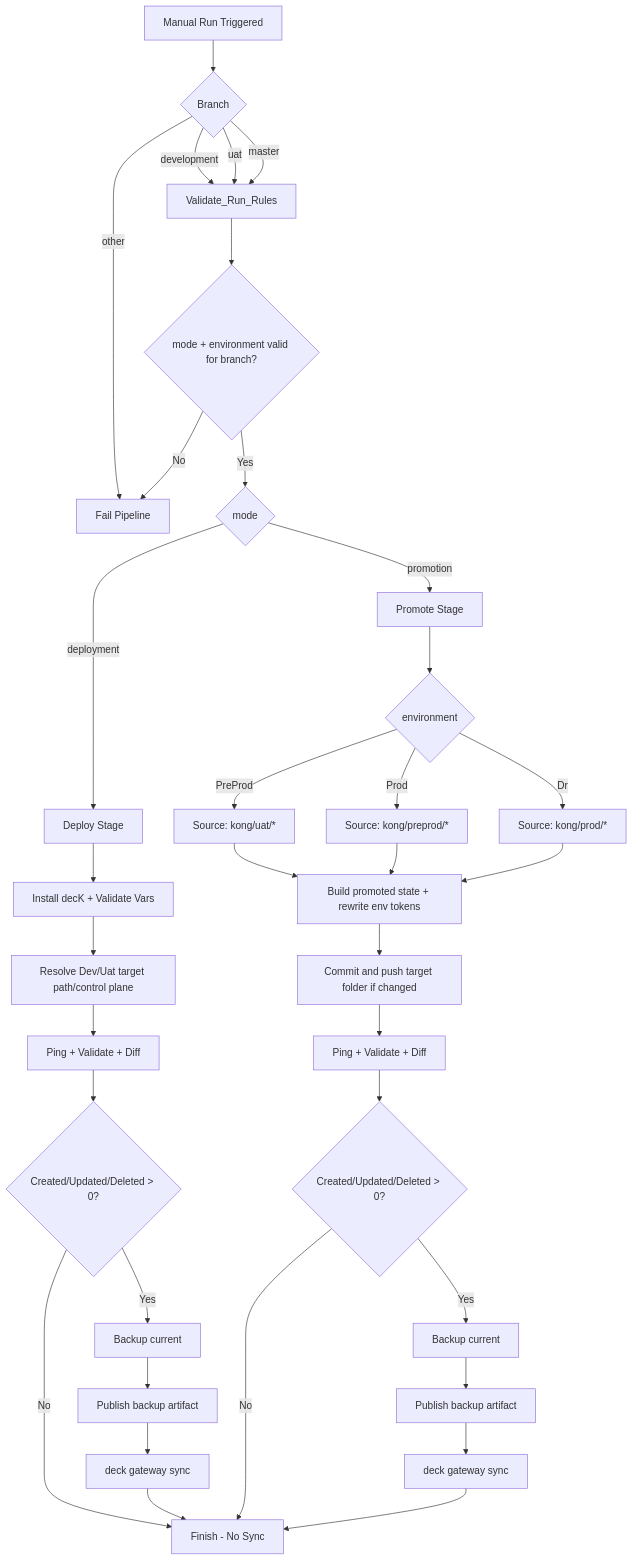
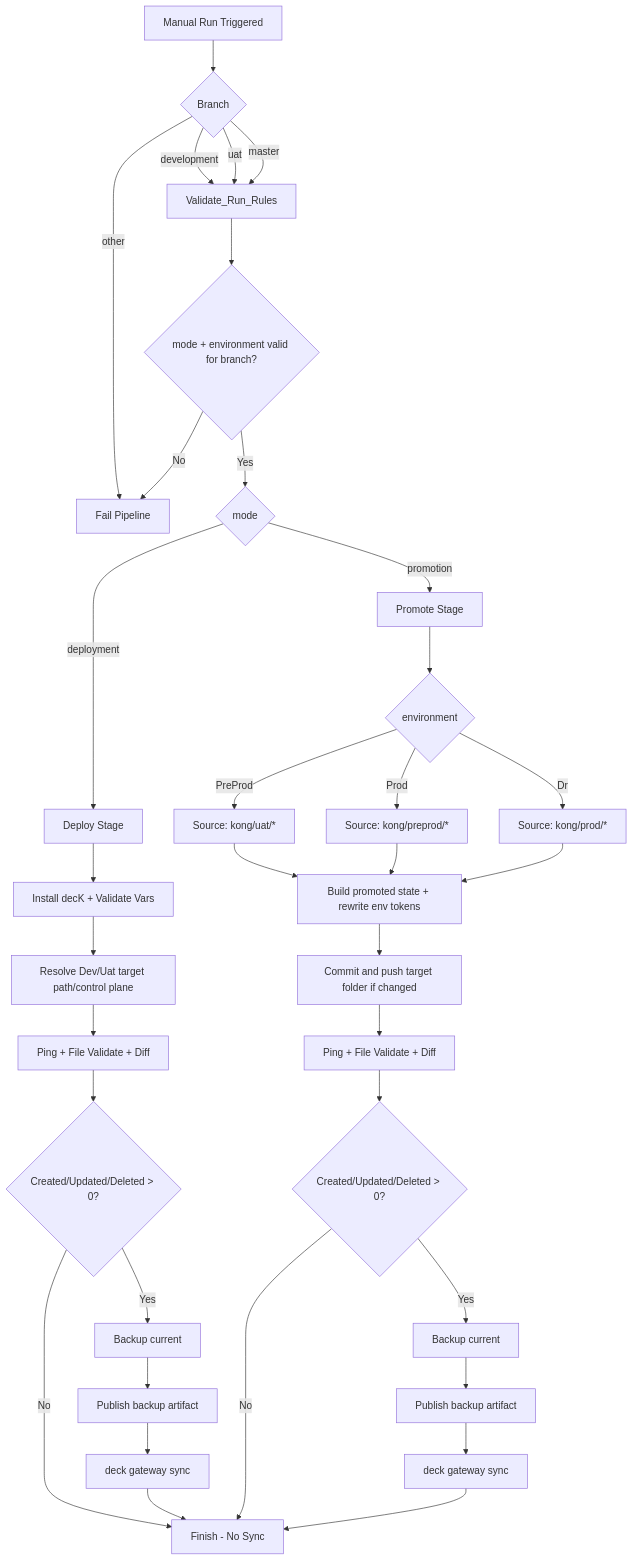
Before and after one commit to ceritakoko-it/Kong-External-OnCloud: the diagram in README.md, drawn with Mermaid. The commit also changed other lines of this file and 3 other files, not shown here.

````diff
--- a/README.md
+++ b/README.md
@@ -141,41 +141,41 @@
 ```mermaid
 flowchart TD
     A[Manual Run Triggered] --> B{Branch}
     B -->|development| C[Validate_Run_Rules]
     B -->|uat| C
     B -->|master| C
     B -->|other| X[Fail Pipeline]
 
     C --> C0{mode + environment valid for branch?}
     C0 -->|No| X
     C0 -->|Yes| D{mode}
 
     D -->|deployment| E[Deploy Stage]
     D -->|promotion| F[Promote Stage]
 
     E --> E1[Install decK + Validate Vars]
     E1 --> E2[Resolve Dev/Uat target path/control plane]
-    E2 --> E3[Ping + Validate + Diff]
+    E2 --> E3[Ping + File Validate + Diff]
     E3 --> E4{Created/Updated/Deleted > 0?}
     E4 -->|No| Z[Finish - No Sync]
     E4 -->|Yes| E5[Backup current]
     E5 --> E6[Publish backup artifact]
     E6 --> E7[deck gateway sync]
     E7 --> Z
 
     F --> F1{environment}
     F1 -->|PreProd| F2[Source: kong/uat/*]
     F1 -->|Prod| F3[Source: kong/preprod/*]
     F1 -->|Dr| F31[Source: kong/prod/*]
     F2 --> F4[Build promoted state + rewrite env tokens]
     F3 --> F4
     F31 --> F4
     F4 --> F41[Commit and push target folder if changed]
-    F41 --> F5[Ping + Validate + Diff]
+    F41 --> F5[Ping + File Validate + Diff]
     F5 --> F6{Created/Updated/Deleted > 0?}
     F6 -->|No| Z
     F6 -->|Yes| F7[Backup current]
     F7 --> F8[Publish backup artifact]
     F8 --> F9[deck gateway sync]
     F9 --> Z
 ```
````
